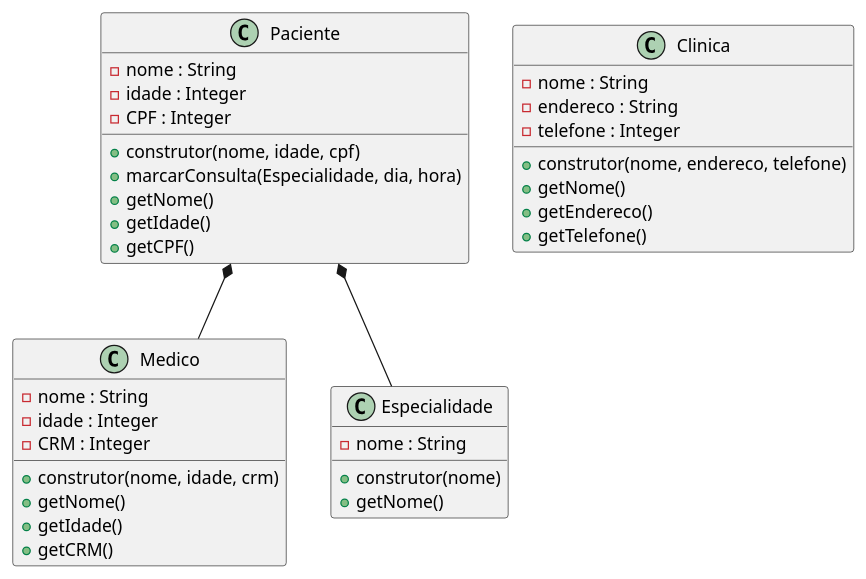
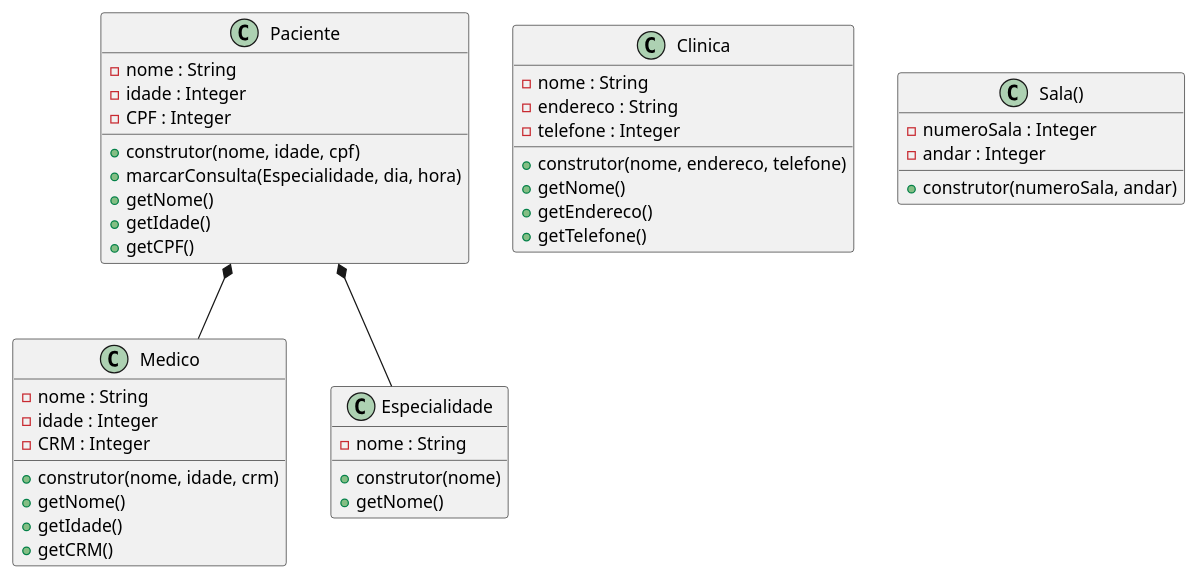
The diagram in diagrama.plantuml (anleaes/2022-1-N2-POO-03), drawn with PlantUML before and after one commit. The commit also changed 1 other file, not shown here.

Commit message:
classe sala

```diff
--- a/diagrama.plantuml
+++ b/diagrama.plantuml
@@ -1,42 +1,49 @@
 @startuml Gerenciamento de Exames Medicos
 
     class Paciente{
         - nome : String
         - idade : Integer
         - CPF : Integer
         + construtor(nome, idade, cpf)
         + marcarConsulta(Especialidade, dia, hora)
         + getNome()
         + getIdade()
         + getCPF()
     }
 
     class Medico{
         - nome : String
         - idade : Integer
         - CRM : Integer
         + construtor(nome, idade, crm)
         + getNome()
         + getIdade()
         + getCRM()
     }
 
     class Especialidade{
         - nome : String
         + construtor(nome)
         + getNome()
     }
 
     class Clinica{
         - nome : String
         - endereco : String
         - telefone : Integer
         + construtor(nome, endereco, telefone)
         + getNome()
         + getEndereco()
         + getTelefone()
     }
+
+    class Sala(){
+        - numeroSala : Integer
+        - andar : Integer
+        + construtor(numeroSala, andar)
+    }
+
     Paciente *-- Medico
     Paciente *-- Especialidade
 
 @enduml
```
